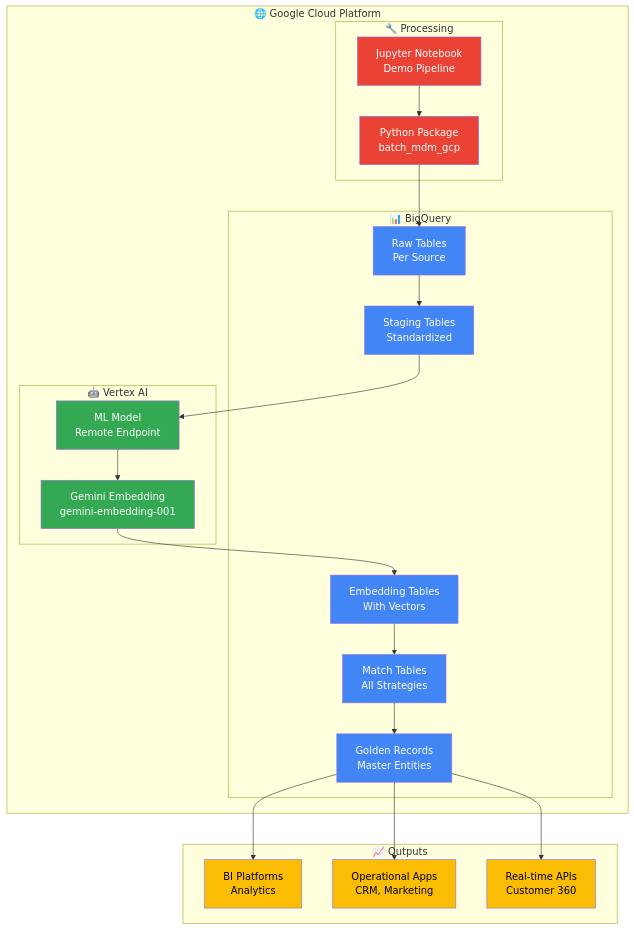
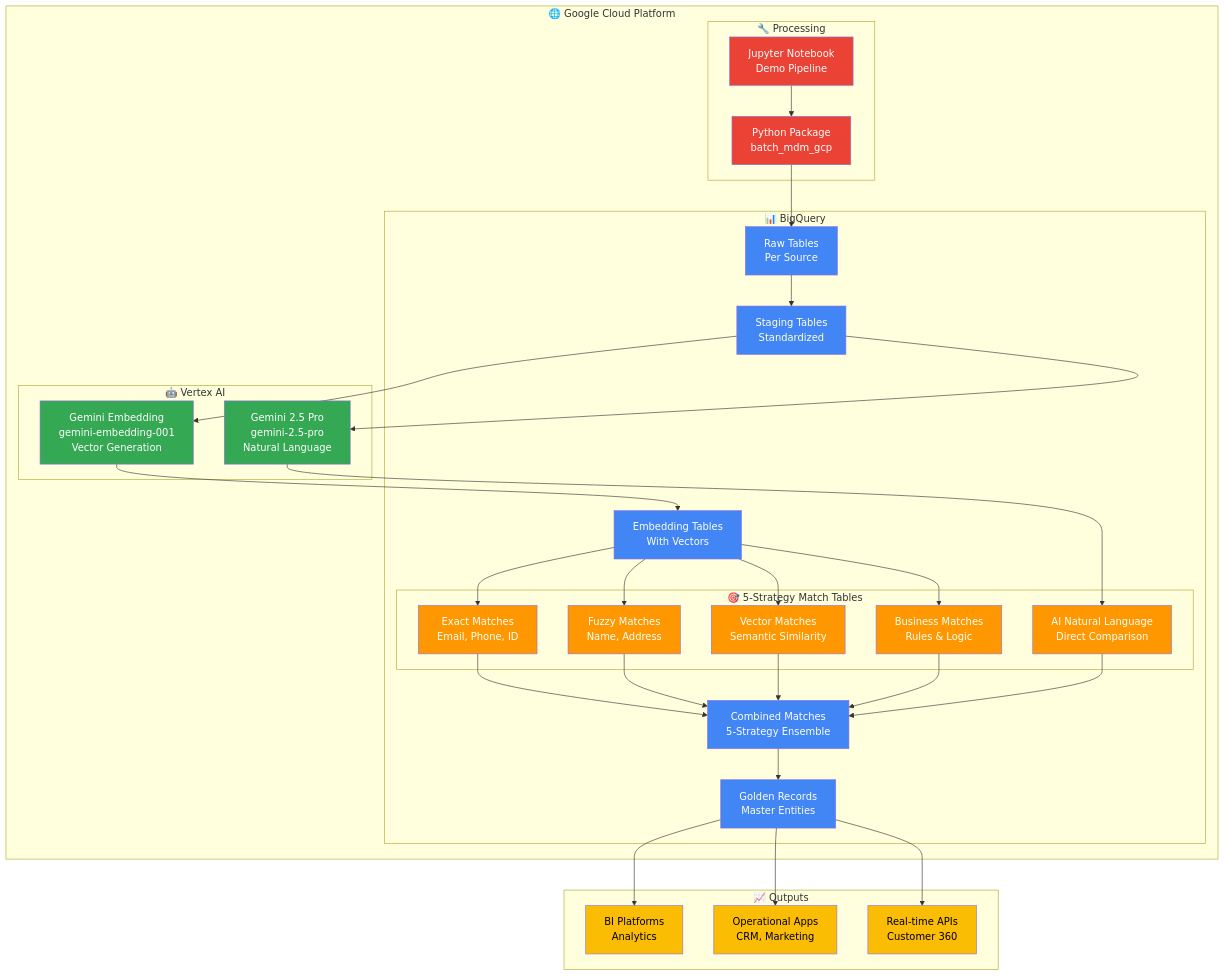
One commit to johanesalxd/mdm-gcp changed the fourth of 4 diagrams in batch_mdm_gcp/MDM_BATCH_RESULTS.md. Above: the diagram before and after it, drawn with Mermaid. The commit also changed other lines of this file and 2 other files, not shown here.

````diff
--- a/batch_mdm_gcp/MDM_BATCH_RESULTS.md
+++ b/batch_mdm_gcp/MDM_BATCH_RESULTS.md
@@ -152,13 +158,22 @@
             RAW["Raw Tables<br/>Per Source"]
             STAGE["Staging Tables<br/>Standardized"]
             EMBED_TBL["Embedding Tables<br/>With Vectors"]
-            MATCH["Match Tables<br/>All Strategies"]
+
+            subgraph "🎯 5-Strategy Match Tables"
+                EXACT_TBL["Exact Matches<br/>Email, Phone, ID"]
+                FUZZY_TBL["Fuzzy Matches<br/>Name, Address"]
+                VECTOR_TBL["Vector Matches<br/>Semantic Similarity"]
+                BUSINESS_TBL["Business Matches<br/>Rules & Logic"]
+                AI_TBL["AI Natural Language<br/>Direct Comparison"]
+            end
+
+            COMBINED["Combined Matches<br/>5-Strategy Ensemble"]
             GOLDEN["Golden Records<br/>Master Entities"]
         end
 
         subgraph "🤖 Vertex AI"
-            GEMINI["Gemini Embedding<br/>gemini-embedding-001"]
-            MODEL["ML Model<br/>Remote Endpoint"]
+            GEMINI["Gemini Embedding<br/>gemini-embedding-001<br/>Vector Generation"]
+            GEMINI_PRO["Gemini 2.5 Pro<br/>gemini-2.5-pro<br/>Natural Language"]
         end
 
         subgraph "🔧 Processing"
@@ -173,27 +188,50 @@
         API["Real-time APIs<br/>Customer 360"]
     end
 
+    %% Data Flow
     RAW --> STAGE
-    STAGE --> MODEL
-    MODEL --> GEMINI
+
+    %% Dual AI Processing
+    STAGE --> GEMINI
+    STAGE --> GEMINI_PRO
     GEMINI --> EMBED_TBL
-    EMBED_TBL --> MATCH
-    MATCH --> GOLDEN
 
+    %% 5-Strategy Matching
+    EMBED_TBL --> EXACT_TBL
+    EMBED_TBL --> FUZZY_TBL
+    EMBED_TBL --> VECTOR_TBL
+    EMBED_TBL --> BUSINESS_TBL
+    GEMINI_PRO --> AI_TBL
+
+    %% Ensemble Combination
+    EXACT_TBL --> COMBINED
+    FUZZY_TBL --> COMBINED
+    VECTOR_TBL --> COMBINED
+    BUSINESS_TBL --> COMBINED
+    AI_TBL --> COMBINED
+
+    %% Golden Records
+    COMBINED --> GOLDEN
+
+    %% Processing Flow
     PYTHON --> RAW
     NOTEBOOK --> PYTHON
 
+    %% Output Distribution
     GOLDEN --> BI
     GOLDEN --> OPS
     GOLDEN --> API
 
+    %% Styling
     classDef bqStyle fill:#4285f4,color:#fff
     classDef aiStyle fill:#34a853,color:#fff
     classDef processStyle fill:#ea4335,color:#fff
     classDef outputStyle fill:#fbbc04,color:#000
+    classDef matchStyle fill:#ff9800,color:#fff
 
-    class RAW,STAGE,EMBED_TBL,MATCH,GOLDEN bqStyle
-    class GEMINI,MODEL aiStyle
+    class RAW,STAGE,EMBED_TBL,COMBINED,GOLDEN bqStyle
+    class EXACT_TBL,FUZZY_TBL,VECTOR_TBL,BUSINESS_TBL,AI_TBL matchStyle
+    class GEMINI,GEMINI_PRO aiStyle
     class PYTHON,NOTEBOOK processStyle
     class BI,OPS,API outputStyle
 ```
````
